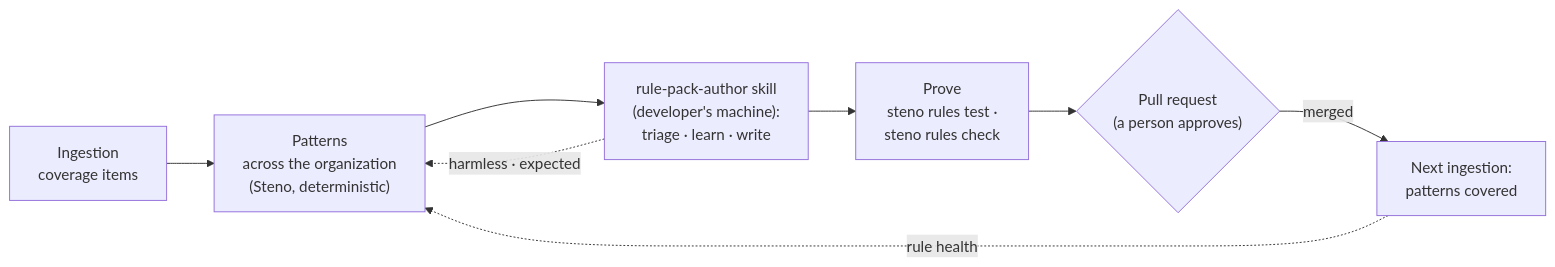
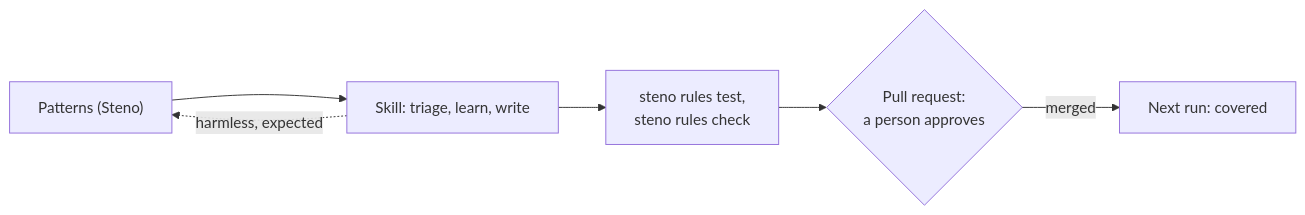
Before and after one commit to KBavis/steno: the diagram in docs/how-it-works/ingestion/rule-curation.md, drawn with Mermaid. The commit also changed other lines of this file and 35 other files, not shown here.

First line of the commit message:
docs: simplify the docs and record D150 (flows-first routing)

````diff
--- a/docs/how-it-works/ingestion/rule-curation.md
+++ b/docs/how-it-works/ingestion/rule-curation.md
@@ -11,10 +11,8 @@
 ```mermaid
 flowchart LR
-    ING["Ingestion<br/>coverage items"] --> PAT["Patterns<br/>across the organization<br/>(Steno, deterministic)"]
-    PAT --> SK["rule-pack-author skill<br/>(developer's machine):<br/>triage · learn · write"]
-    SK --> CK["Prove<br/>steno rules test ·<br/>steno rules check"]
-    CK --> PR{"Pull request<br/>(a person approves)"}
-    PR -- merged --> NX["Next ingestion:<br/>patterns covered"]
-    SK -. "harmless · expected" .-> PAT
-    NX -. "rule health" .-> PAT
+    PAT["Patterns (Steno)"] --> SK["Skill: triage, learn, write"]
+    SK --> CK["steno rules test,<br/>steno rules check"]
+    CK --> PR{"Pull request:<br/>a person approves"}
+    PR -- merged --> NX["Next run: covered"]
+    SK -. "harmless, expected" .-> PAT
 ```
````
